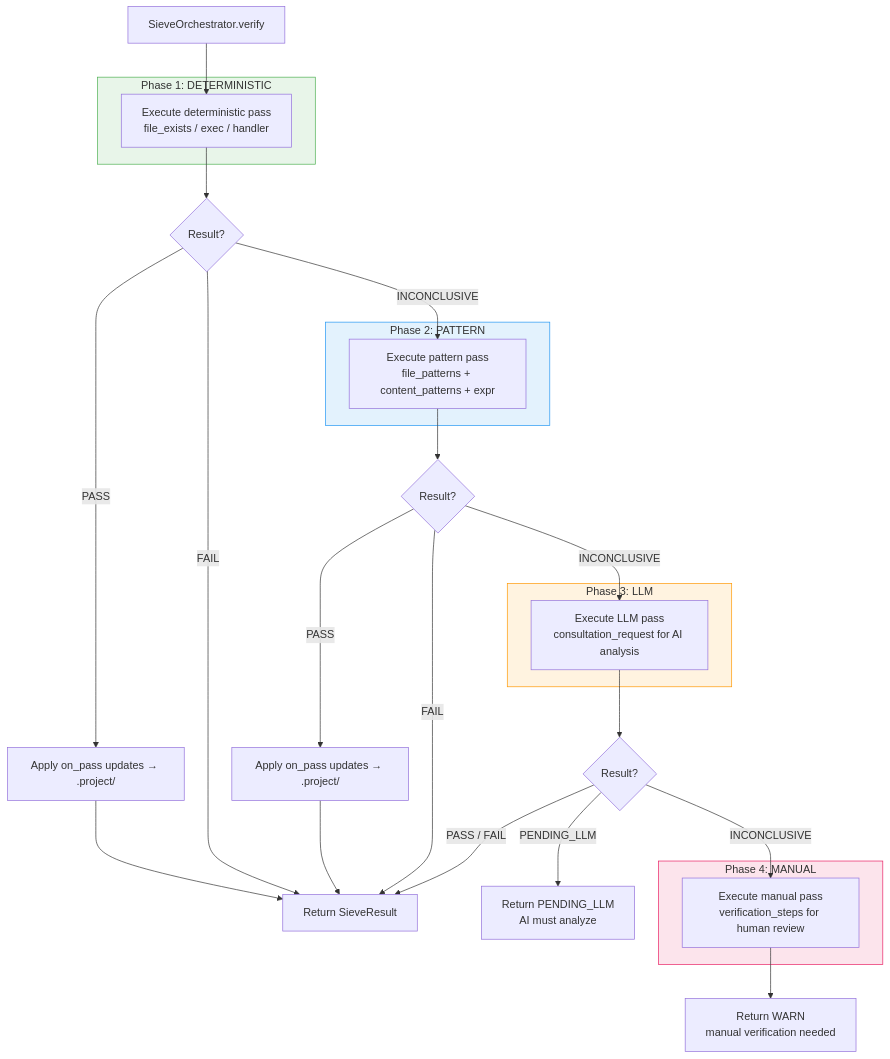
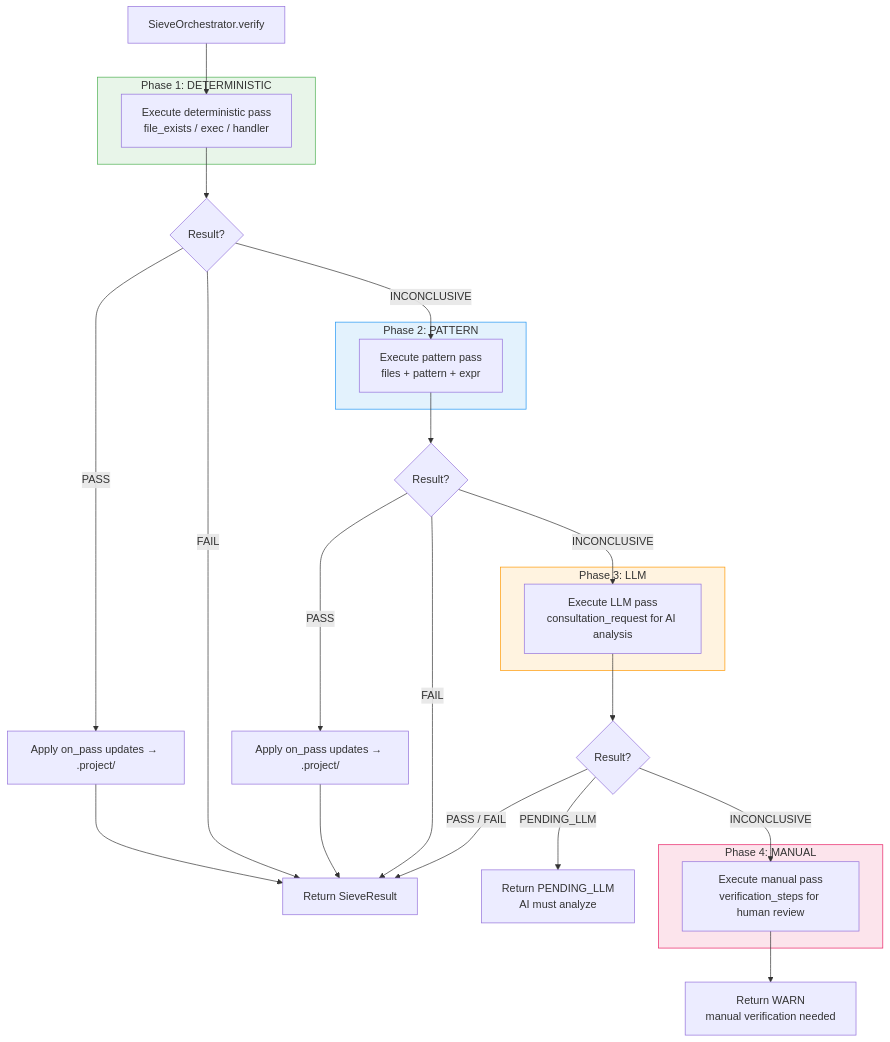
Before and after one commit to darnitdevorg/darnit: the third of 6 diagrams in docs/WORKFLOW.md, drawn with Mermaid. The commit also changed 7 other files, not shown here.

````diff
--- a/docs/WORKFLOW.md
+++ b/docs/WORKFLOW.md
@@ -77,44 +77,44 @@
 ```mermaid
 flowchart TD
     Start[SieveOrchestrator.verify] --> D
 
     subgraph Phase1["Phase 1: DETERMINISTIC"]
         D[Execute deterministic pass<br/>file_exists / exec / handler]
     end
 
     D --> D_check{Result?}
     D_check -->|PASS| D_pass[Apply on_pass updates → .project/]
     D_pass --> Done[Return SieveResult]
     D_check -->|FAIL| Done
     D_check -->|INCONCLUSIVE| P
 
     subgraph Phase2["Phase 2: PATTERN"]
-        P[Execute pattern pass<br/>file_patterns + content_patterns + expr]
+        P[Execute pattern pass<br/>files + pattern + expr]
     end
 
     P --> P_check{Result?}
     P_check -->|PASS| P_pass[Apply on_pass updates → .project/]
     P_pass --> Done
     P_check -->|FAIL| Done
     P_check -->|INCONCLUSIVE| LLM
 
     subgraph Phase3["Phase 3: LLM"]
         LLM[Execute LLM pass<br/>consultation_request for AI analysis]
     end
 
     LLM --> LLM_check{Result?}
     LLM_check -->|PASS / FAIL| Done
     LLM_check -->|PENDING_LLM| Pending[Return PENDING_LLM<br/>AI must analyze]
     LLM_check -->|INCONCLUSIVE| Manual
 
     subgraph Phase4["Phase 4: MANUAL"]
         Manual[Execute manual pass<br/>verification_steps for human review]
     end
 
     Manual --> Warn[Return WARN<br/>manual verification needed]
 
     style Phase1 fill:#e8f5e9,stroke:#4caf50
     style Phase2 fill:#e3f2fd,stroke:#2196f3
     style Phase3 fill:#fff3e0,stroke:#ff9800
     style Phase4 fill:#fce4ec,stroke:#e91e63
 ```
````
